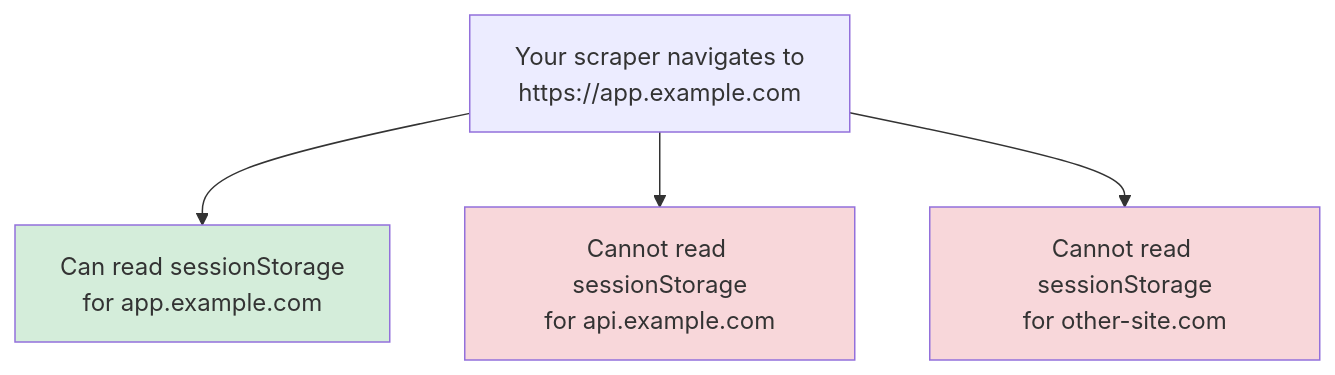
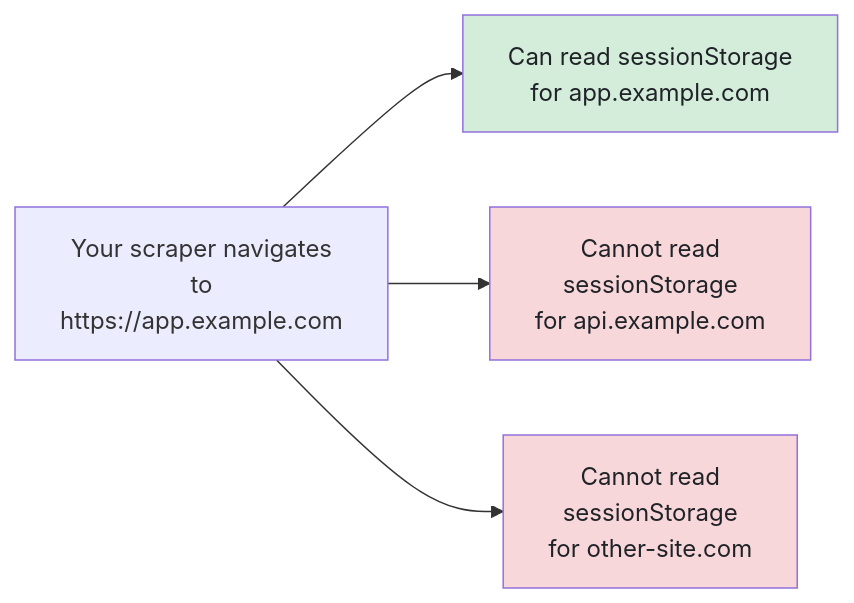
One commit to bytetunnels/bytetunnels.github.com changed the second of 2 diagrams in _posts/2026-02-25-scraping-sessionstorage-extracting-ephemeral-browser-data.md. Above: the diagram before and after it, drawn with Mermaid. The commit also changed other lines of this file and 118 other files, not shown here.

Commit message:
feat: improve diagram styling and compact wide flowcharts

````diff
--- a/_posts/2026-02-25-scraping-sessionstorage-extracting-ephemeral-browser-data.md
+++ b/_posts/2026-02-25-scraping-sessionstorage-extracting-ephemeral-browser-data.md
@@ -610,10 +610,10 @@
 ```mermaid
-graph TD
-    A["Your scraper navigates to<br>https://app.example.com"] --> B["Can read sessionStorage<br>for app.example.com"]
-    A --> C["Cannot read sessionStorage<br>for api.example.com"]
-    A --> D["Cannot read sessionStorage<br>for other-site.com"]
+graph LR
+    A["Your scraper navigates<br/>to<br/>https://app.example.com"] --> B["Can read sessionStorage<br/>for app.example.com"]
+    A --> C["Cannot read<br/>sessionStorage<br/>for api.example.com"]
+    A --> D["Cannot read<br/>sessionStorage<br/>for other-site.com"]
 
-    style B fill:#d4edda
-    style C fill:#f8d7da
-    style D fill:#f8d7da
+    style B fill:#d4edda,color:#1f2328
+    style C fill:#f8d7da,color:#1f2328
+    style D fill:#f8d7da,color:#1f2328
 ```
````
